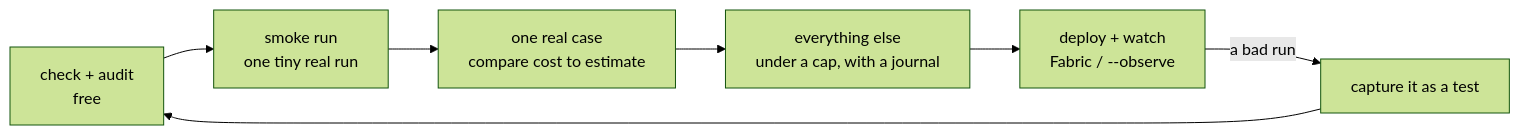
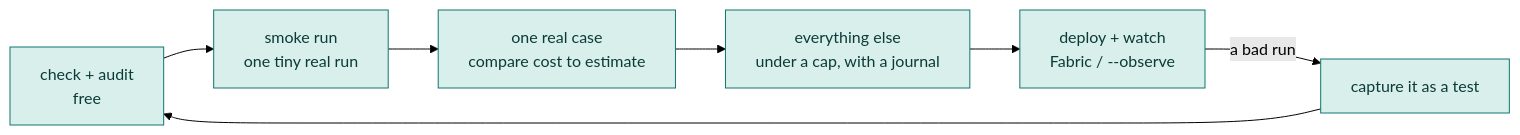
One commit to srijithunni7182/llm4j changed the first of 2 diagrams in docs/tutorial/12-running-for-real.md. Above: the diagram before and after it, drawn with Mermaid (forest theme). The commit also changed 13 other files, not shown here.

First line of the commit message:
docs: give the tutorial's diagrams meaningful colours

````diff
--- a/docs/tutorial/12-running-for-real.md
+++ b/docs/tutorial/12-running-for-real.md
@@ -5,9 +5,11 @@
 ```mermaid
 flowchart LR
   A["check + audit<br/>free"] --> B["smoke run<br/>one tiny real run"]
   B --> C["one real case<br/>compare cost to estimate"]
   C --> D["everything else<br/>under a cap, with a journal"]
   D --> E["deploy + watch<br/>Fabric / --observe"]
   E -- "a bad run" --> F["capture it as a test"]
   F --> A
+  classDef step fill:#d9efec,stroke:#0f766e,color:#0b3b37
+  class A,B,C,D,E,F step
 ```
````
